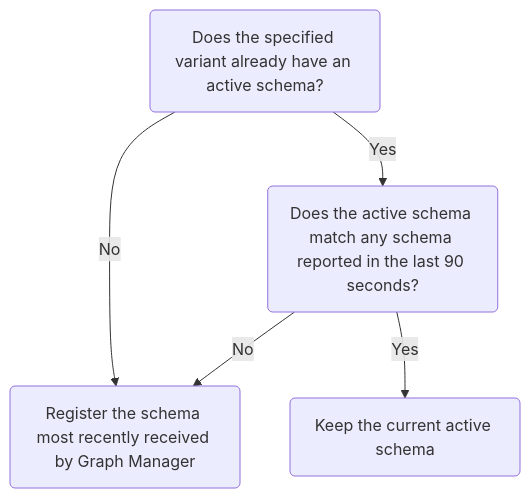
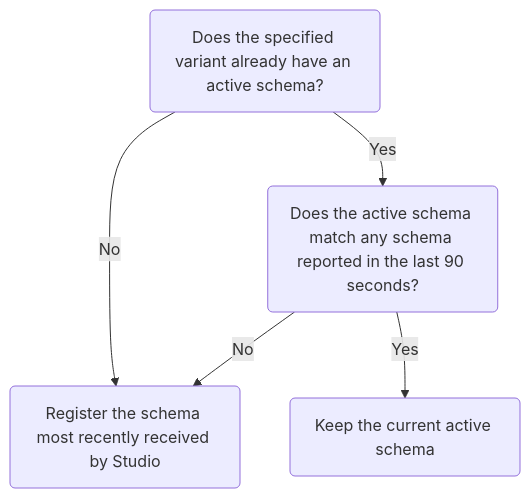
Before and after one commit to apollographql/apollo: the diagram in graph-manager-docs/source/schema-registry.mdx, drawn with Mermaid. The commit also changed other lines of this file and 1 other file, not shown here.

Commit message:
More AGM to Studio

````diff
--- a/graph-manager-docs/source/schema-registry.mdx
+++ b/graph-manager-docs/source/schema-registry.mdx
@@ -108,12 +108,12 @@
 ```mermaid
 graph TB;
   activeSchema(Does the specified variant already have an active schema?);
   exactReported("Does the active schema match any schema reported in the last 90 seconds?");
-  registerRecent(Register the schema most recently received by Graph Manager);
+  registerRecent(Register the schema most recently received by Studio);
   keepActive(Keep the current active schema);
   activeSchema --"No"-->registerRecent;
   activeSchema --"Yes"-->exactReported;
   exactReported--"No"-->registerRecent;
   exactReported--"Yes"-->keepActive;
   class registerRecent,keepActive secondary;
 ```
````
